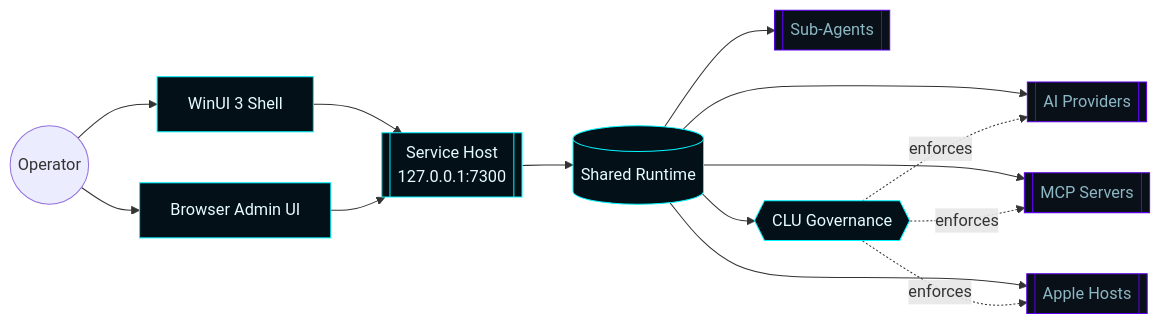
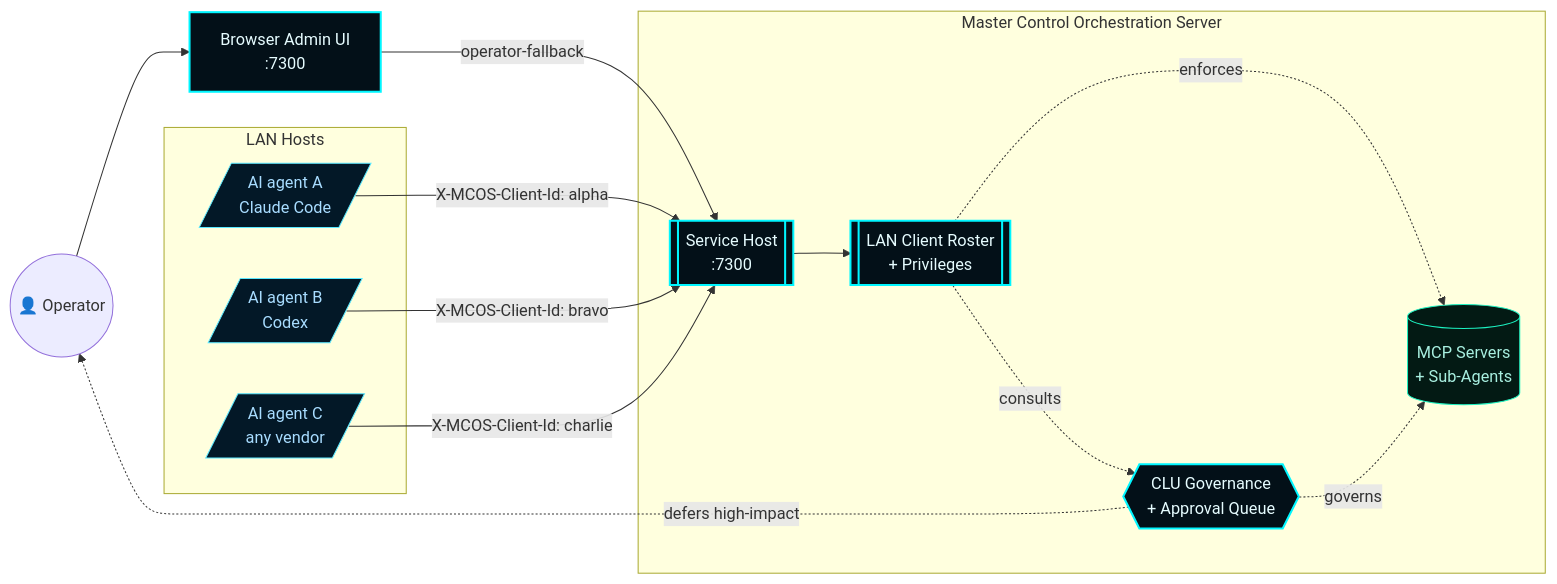
Before and after one commit to flynn33/Master-Control-Orchestration-Server: the first of 2 diagrams in docs/wiki/Home.md, drawn with Mermaid. The commit also changed other lines of this file and 66 other files, not shown here.

First line of the commit message:
release: v0.5.0 — LAN Client Control Plane + documentation overhaul

````diff
--- a/docs/wiki/Home.md
+++ b/docs/wiki/Home.md
@@ -12,24 +16,35 @@
 ```mermaid
 flowchart LR
-    classDef accent fill:#031018,stroke:#00F6FF,color:#E6FCFF;
-    classDef faint fill:#0a1018,stroke:#5A00E8FF,color:#8CB7C4;
+    classDef accent fill:#031018,stroke:#00F6FF,color:#E6FCFF,stroke-width:2px;
+    classDef faint fill:#0a1018,stroke:#5A00E8,color:#8CB7C4;
+    classDef client fill:#031827,stroke:#5AE8FF,color:#A8DCFF;
+    classDef good fill:#031a14,stroke:#1cf2c1,color:#a8efe0;
 
-    Operator((Operator))
-    Shell[WinUI 3 Shell]:::accent
-    Browser[Browser Admin UI]:::accent
-    Service[[Service Host<br/>127.0.0.1:7300]]:::accent
-    Runtime[(Shared Runtime)]:::accent
-    Providers[[AI Providers]]:::faint
-    SubAgents[[Sub-Agents]]:::faint
-    MCP[[MCP Servers]]:::faint
-    Apple[[Apple Hosts]]:::faint
-    CLU{{CLU Governance}}:::accent
+    Operator((👤 Operator))
+    Browser[Browser Admin UI<br/>:7300]:::accent
 
-    Operator --> Shell & Browser
-    Shell --> Service
-    Browser --> Service
-    Service --> Runtime
-    Runtime --> Providers & SubAgents & MCP & Apple
-    Runtime --> CLU
-    CLU -. enforces .-> Providers & MCP & Apple
+    subgraph Hosts[LAN Hosts]
+        AgentA[/AI agent A<br/>Claude Code/]:::client
+        AgentB[/AI agent B<br/>Codex/]:::client
+        AgentC[/AI agent C<br/>any vendor/]:::client
+    end
+
+    subgraph MCOS[Master Control Orchestration Server]
+        Service[[Service Host<br/>:7300]]:::accent
+        Identity[[LAN Client Roster<br/>+ Privileges]]:::accent
+        Catalog[(MCP Servers<br/>+ Sub-Agents)]:::good
+        CLU{{CLU Governance<br/>+ Approval Queue}}:::accent
+    end
+
+    Operator --> Browser
+    Browser -- "operator-fallback" --> Service
+    AgentA -- "X-MCOS-Client-Id: alpha" --> Service
+    AgentB -- "X-MCOS-Client-Id: bravo" --> Service
+    AgentC -- "X-MCOS-Client-Id: charlie" --> Service
+
+    Service --> Identity
+    Identity -. enforces .-> Catalog
+    Identity -. consults .-> CLU
+    CLU -. governs .-> Catalog
+    CLU -. defers high-impact .-> Operator
 ```
````
